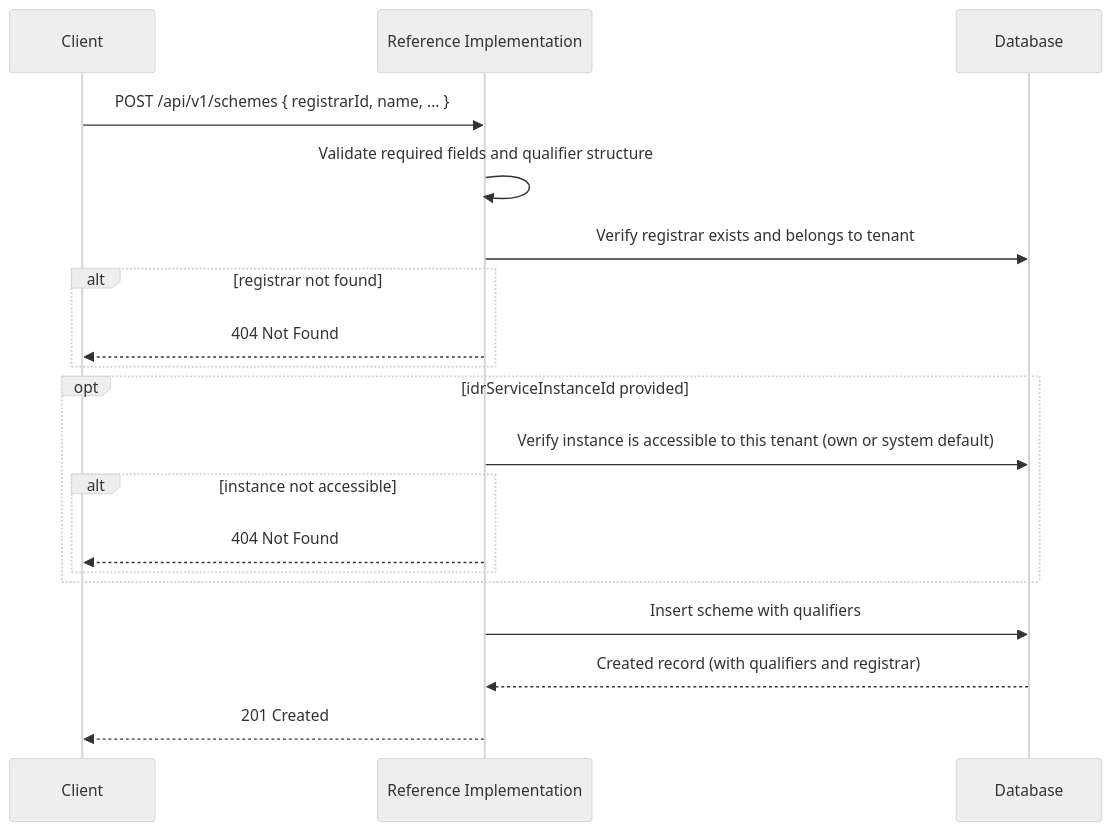
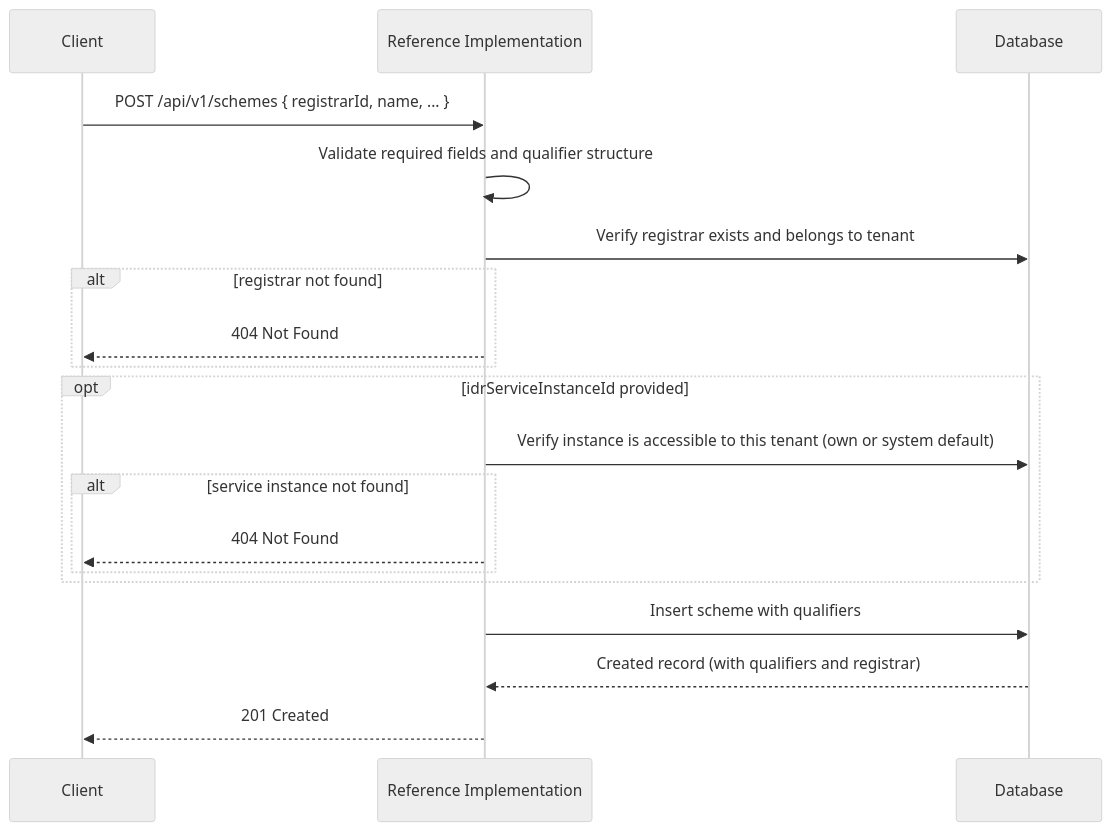
Before and after one commit to uncefact/tests-untp: the first of 6 diagrams in documentation/docs/reference-implementation/api/identifiers.md, drawn with Mermaid (neutral theme). The commit also changed other lines of this file and 52 other files, not shown here.

````diff
--- a/documentation/docs/reference-implementation/api/identifiers.md
+++ b/documentation/docs/reference-implementation/api/identifiers.md
@@ -109,22 +109,22 @@
 ```mermaid
 sequenceDiagram
     participant Client
     participant RI as Reference Implementation
     participant DB as Database
 
     Client->>RI: POST /api/v1/schemes { registrarId, name, ... }
     RI->>RI: Validate required fields and qualifier structure
     RI->>DB: Verify registrar exists and belongs to tenant
     alt registrar not found
         RI-->>Client: 404 Not Found
     end
     opt idrServiceInstanceId provided
         RI->>DB: Verify instance is accessible to this tenant (own or system default)
-        alt instance not accessible
+        alt service instance not found
             RI-->>Client: 404 Not Found
         end
     end
     RI->>DB: Insert scheme with qualifiers
     DB-->>RI: Created record (with qualifiers and registrar)
     RI-->>Client: 201 Created
 ```
````
